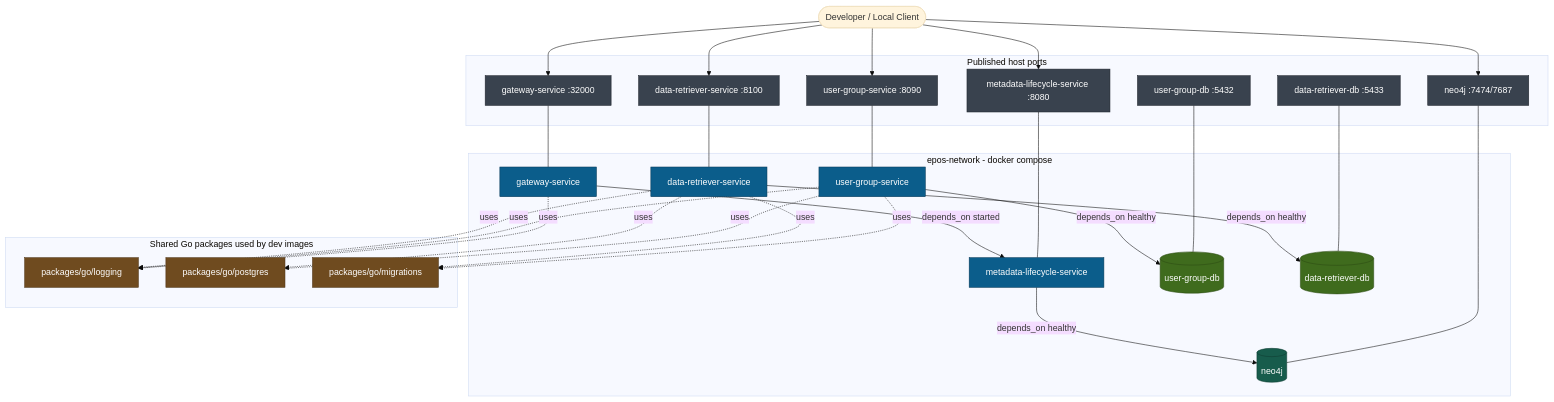
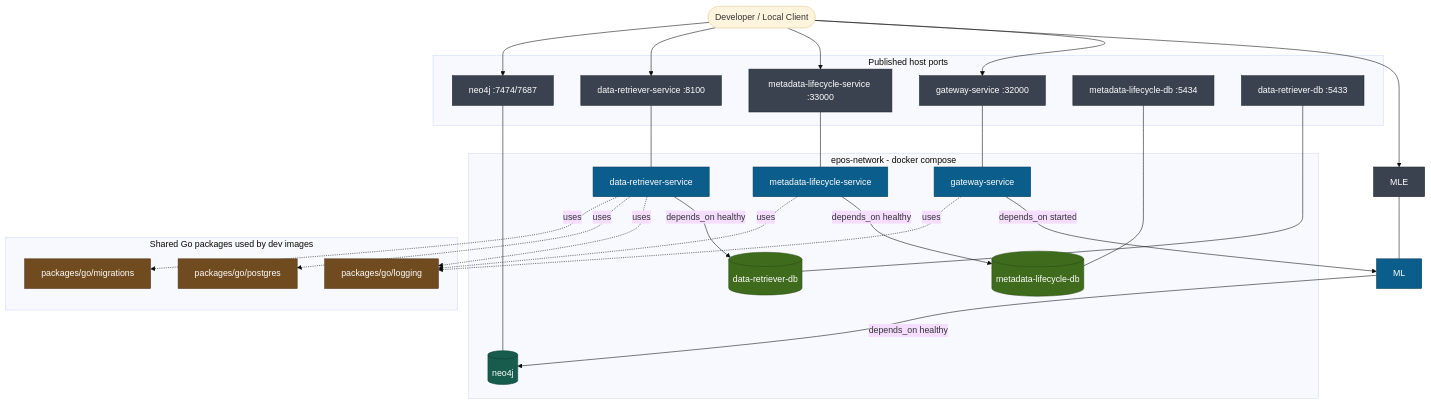
One commit to EPOS-ERIC/epos-platform changed the diagram in README.md. Above: the diagram before and after it, drawn with Mermaid (base theme). The commit also changed other lines of this file and 742 other files, not shown here.

````diff
--- a/README.md
+++ b/README.md
@@ -18,72 +18,68 @@
 ```mermaid
 flowchart TB
     %% Based on docker/compose.dev.yaml and Tilt image wiring
 
     DEV([Developer / Local Client])
 
     subgraph EDGE[Published host ports]
         GWE[gateway-service :32000]
-        MLE[metadata-lifecycle-service :8080]
-        UGE[user-group-service :8090]
+        BOE[metadata-lifecycle-service :33000]
         DRE[data-retriever-service :8100]
         N4J[neo4j :7474/7687]
-        PUG[user-group-db :5432]
+        PBO[metadata-lifecycle-db :5434]
         PDR[data-retriever-db :5433]
     end
 
     subgraph NET["epos-network - docker compose"]
         GW[gateway-service]
-        ML[metadata-lifecycle-service]
-        UG[user-group-service]
+        BO[metadata-lifecycle-service]
         DR[data-retriever-service]
 
         NEO[(neo4j)]
-        UGDB[(user-group-db)]
+        BODB[(metadata-lifecycle-db)]
         DRDB[(data-retriever-db)]
     end
 
     subgraph SHARED[Shared Go packages used by dev images]
         LOG[packages/go/logging]
         PG[packages/go/postgres]
         MIG[packages/go/migrations]
     end
 
     DEV --> GWE
     DEV --> MLE
-    DEV --> UGE
+    DEV --> BOE
     DEV --> DRE
     DEV --> N4J
 
     GWE --- GW
     MLE --- ML
-    UGE --- UG
+    BOE --- BO
     DRE --- DR
     N4J --- NEO
-    PUG --- UGDB
+    PBO --- BODB
     PDR --- DRDB
 
     GW -->|depends_on started| ML
-    UG -->|depends_on healthy| UGDB
+    BO -->|depends_on healthy| BODB
     DR -->|depends_on healthy| DRDB
     ML -->|depends_on healthy| NEO
 
     GW -. uses .-> LOG
-    UG -. uses .-> LOG
+    BO -. uses .-> LOG
     DR -. uses .-> LOG
-    UG -. uses .-> PG
     DR -. uses .-> PG
-    UG -. uses .-> MIG
     DR -. uses .-> MIG
 
     classDef svc fill:#0b5d8b,stroke:#083b59,color:#ffffff,stroke-width:1px;
     classDef infra fill:#175c4c,stroke:#0f3d32,color:#ffffff,stroke-width:1px;
     classDef db fill:#3f6b1d,stroke:#2d4c14,color:#ffffff,stroke-width:1px;
     classDef shared fill:#6f4b1f,stroke:#4f3516,color:#ffffff,stroke-width:1px;
     classDef edge fill:#39424e,stroke:#1f252d,color:#ffffff,stroke-width:1px;
 
-    class GW,ML,UG,DR svc;
+    class GW,ML,BO,DR svc;
     class NEO infra;
-    class UGDB,DRDB db;
+    class BODB,DRDB db;
     class LOG,PG,MIG shared;
-    class GWE,MLE,UGE,DRE,N4J,PUG,PDR edge;
+    class GWE,MLE,BOE,DRE,N4J,PBO,PDR edge;
 ```
````
